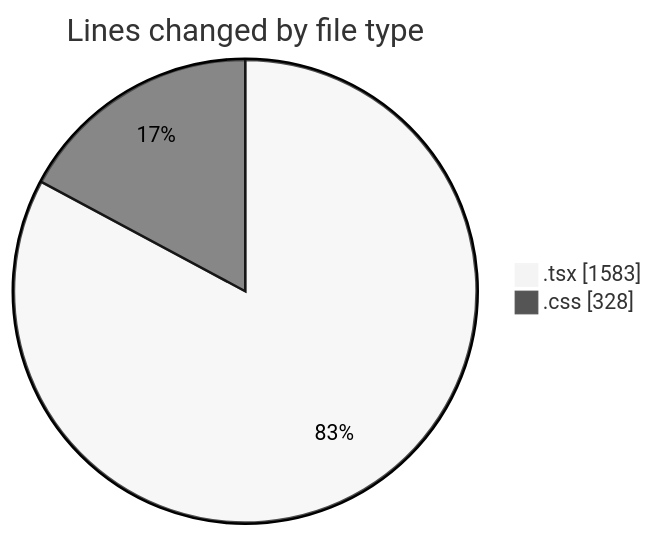
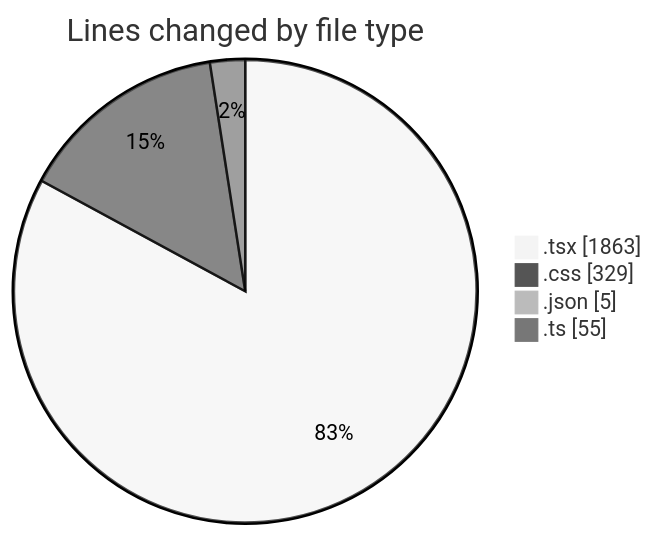
The first of 2 diagrams in 2025-10-10/eventscop-frontend-guide__workspace_/README.md (julien-gomy/code-tracking), drawn with Mermaid (neutral theme) before and after one commit. The commit also changed other lines of this file and 1 other file, not shown here.

````diff
--- a/2025-10-10/eventscop-frontend-guide__workspace_/README.md
+++ b/2025-10-10/eventscop-frontend-guide__workspace_/README.md
@@ -25,6 +28,8 @@
 ```mermaid
 pie showData
 title Lines changed by file type
-".tsx" : 1583
-".css" : 328
+".tsx" : 1863
+".css" : 329
+".json" : 5
+".ts" : 55
 ```
````
